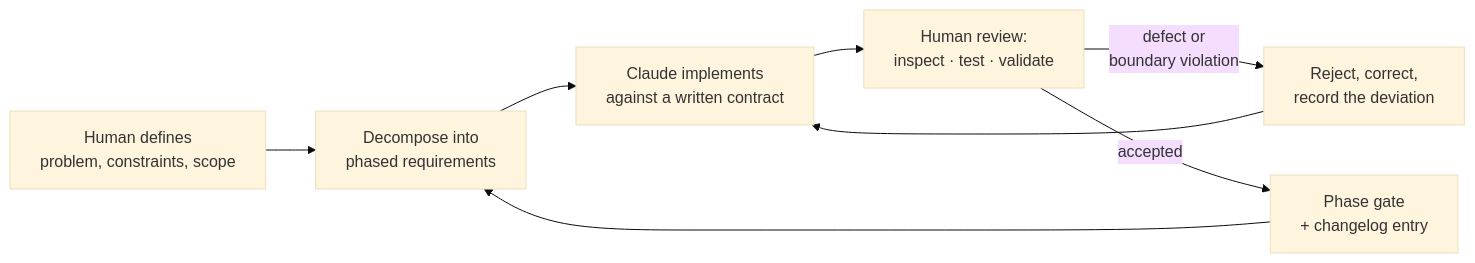
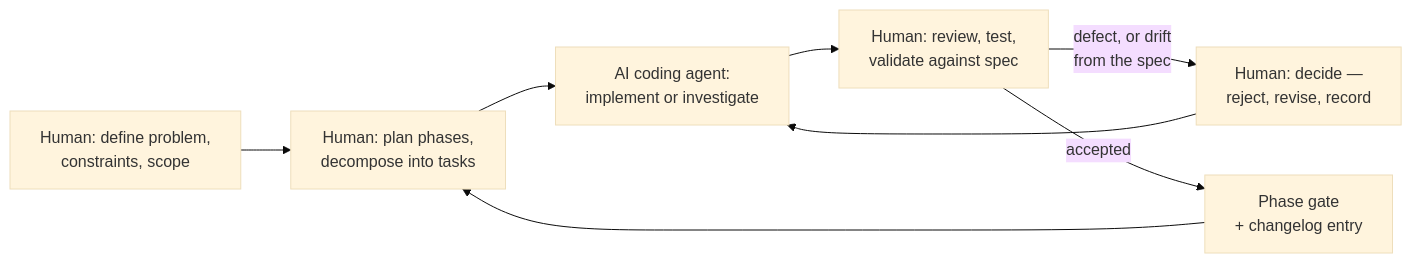
Before and after one commit to bazdaramir/Throughline: the second of 2 diagrams in README.md, drawn with Mermaid (base theme). The commit also changed other lines of this file, not shown here.

````diff
--- a/README.md
+++ b/README.md
@@ -372,10 +372,10 @@
 ```mermaid
 flowchart LR
-    A["Human defines<br/>problem, constraints, scope"] --> B["Decompose into<br/>phased requirements"]
-    B --> C["Claude implements<br/>against a written contract"]
-    C --> D["Human review:<br/>inspect · test · validate"]
-    D -->|"defect or<br/>boundary violation"| E["Reject, correct,<br/>record the deviation"]
+    A["Human: define problem,<br/>constraints, scope"] --> B["Human: plan phases,<br/>decompose into tasks"]
+    B --> C["AI coding agent:<br/>implement or investigate"]
+    C --> D["Human: review, test,<br/>validate against spec"]
+    D -->|"defect, or drift<br/>from the spec"| E["Human: decide —<br/>reject, revise, record"]
     E --> C
     D -->|"accepted"| F["Phase gate<br/>+ changelog entry"]
     F --> B
 ```
````
